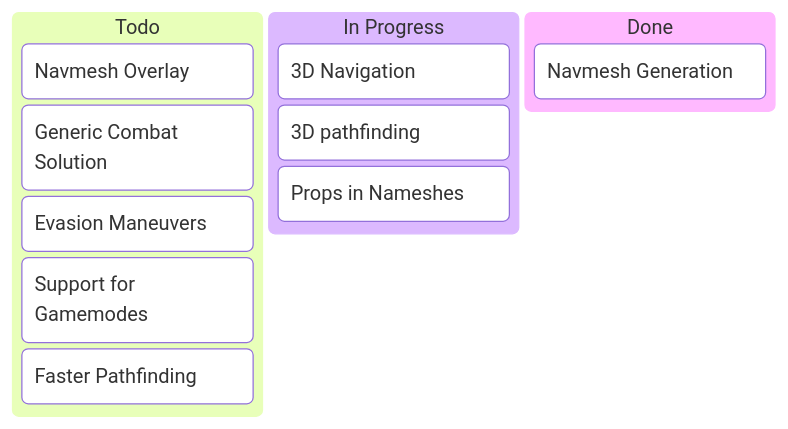
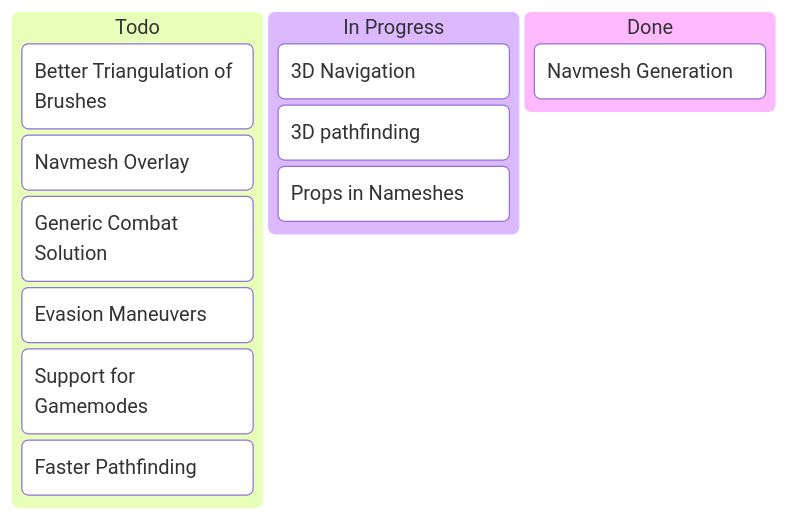
The diagram in README.md (catornot/bp-ort), drawn with Mermaid before and after one commit. The commit also changed other lines of this file and 8 other files, not shown here.

````diff
--- a/README.md
+++ b/README.md
@@ -30,15 +24,16 @@
 ```mermaid
 kanban
   todo[Todo]    
+    Navmesh[Better Triangulation of Brushes]
     navmeshv2[Navmesh Overlay]
     generic[Generic Combat Solution]
     evasion[Evasion Maneuvers]
     gamemodes[Support for Gamemodes]
     fasterpathfinding[Faster Pathfinding]
   progress[In Progress]
     navigation[3D Navigation]
     pathfinding[3D pathfinding]
     props[Props in Nameshes]
   Done[Done]
     Navmesh[Navmesh Generation]
 ```
````
